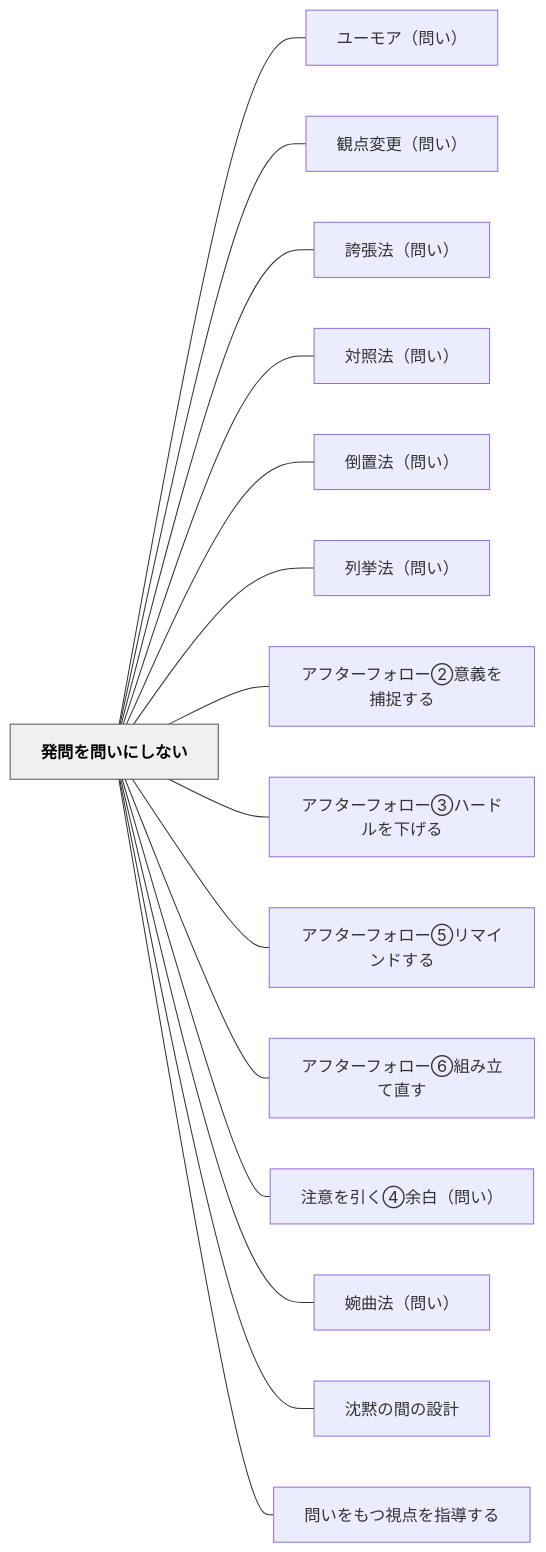
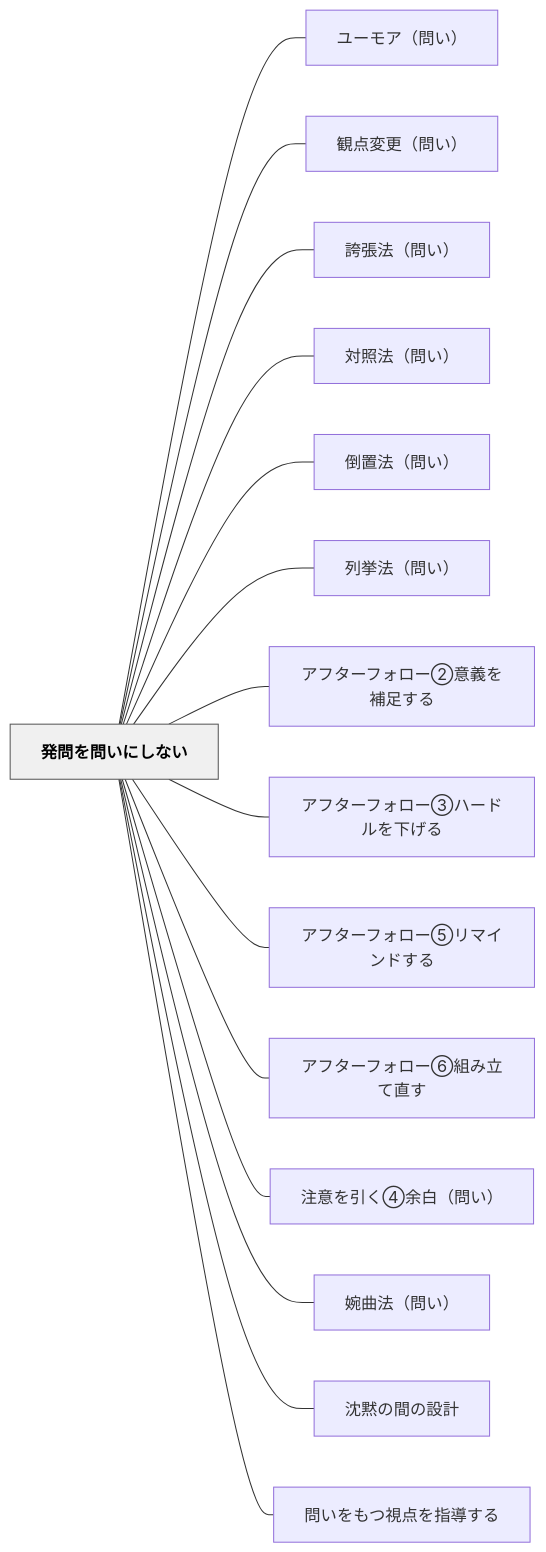
Before and after one commit to unknownthings-ed-patterns/unknownthings-ed-patterns: the diagram in content/パタン/発問を問いにしない.md, drawn with Mermaid. The commit also changed other lines of this file and 28 other files, not shown here.

````diff
--- a/content/パタン/発問を問いにしない.md
+++ b/content/パタン/発問を問いにしない.md
@@ -115,36 +115,36 @@
 ```mermaid
 flowchart LR
     ne799bae5958fe38292e5958fe38184e381abe38197e381aae38184["発問を問いにしない"]
     ne383a6e383bce383a2e382a2efbc88e5958fe38184efbc89["ユーモア（問い）"]
     ne8a6b3e782b9e5a489e69bb4efbc88e5958fe38184efbc89["観点変更（問い）"]
     ne8aa87e5bcb5e6b395efbc88e5958fe38184efbc89["誇張法（問い）"]
     ne5afbee785a7e6b395efbc88e5958fe38184efbc89["対照法（問い）"]
     ne58092e7bdaee6b395efbc88e5958fe38184efbc89["倒置法（問い）"]
     ne58897e68c99e6b395efbc88e5958fe38184efbc89["列挙法（問い）"]
-    ne382a2e38395e382bfe383bce38395e382a9e383ade383bce291a1e6848fe7bea9e38292e68d95e68d89e38199e3828b["アフターフォロー②意義を捕捉する"]
+    ne382a2e38395e382bfe383bce38395e382a9e383ade383bce291a1e6848fe7bea9e38292e8a39ce8b6b3e38199e3828b["アフターフォロー②意義を補足する"]
     ne382a2e38395e382bfe383bce38395e382a9e383ade383bce291a2e3838fe383bce38389e383abe38292e4b88be38192e3828b["アフターフォロー③ハードルを下げる"]
     ne382a2e38395e382bfe383bce38395e382a9e383ade383bce291a4e383aae3839ee382a4e383b3e38389e38199e3828b["アフターフォロー⑤リマインドする"]
     ne382a2e38395e382bfe383bce38395e382a9e383ade383bce291a5e7b584e381bfe7ab8be381a6e79bb4e38199["アフターフォロー⑥組み立て直す"]
     ne6b3a8e6848fe38292e5bc95e3818fe291a3e4bd99e799bdefbc88e5958fe38184efbc89["注意を引く④余白（問い）"]
     ne5a989e69bb2e6b395efbc88e5958fe38184efbc89["婉曲法（問い）"]
     ne6b288e9bb99e381aee99693e381aee8a8ade8a888["沈黙の間の設計"]
     ne5958fe38184e38292e38282e381a4e8a696e782b9e38292e68c87e5b08ee38199e3828b["問いをもつ視点を指導する"]
 
     ne799bae5958fe38292e5958fe38184e381abe38197e381aae38184 --- ne383a6e383bce383a2e382a2efbc88e5958fe38184efbc89
     ne799bae5958fe38292e5958fe38184e381abe38197e381aae38184 --- ne8a6b3e782b9e5a489e69bb4efbc88e5958fe38184efbc89
     ne799bae5958fe38292e5958fe38184e381abe38197e381aae38184 --- ne8aa87e5bcb5e6b395efbc88e5958fe38184efbc89
     ne799bae5958fe38292e5958fe38184e381abe38197e381aae38184 --- ne5afbee785a7e6b395efbc88e5958fe38184efbc89
     ne799bae5958fe38292e5958fe38184e381abe38197e381aae38184 --- ne58092e7bdaee6b395efbc88e5958fe38184efbc89
     ne799bae5958fe38292e5958fe38184e381abe38197e381aae38184 --- ne58897e68c99e6b395efbc88e5958fe38184efbc89
-    ne799bae5958fe38292e5958fe38184e381abe38197e381aae38184 --- ne382a2e38395e382bfe383bce38395e382a9e383ade383bce291a1e6848fe7bea9e38292e68d95e68d89e38199e3828b
+    ne799bae5958fe38292e5958fe38184e381abe38197e381aae38184 --- ne382a2e38395e382bfe383bce38395e382a9e383ade383bce291a1e6848fe7bea9e38292e8a39ce8b6b3e38199e3828b
     ne799bae5958fe38292e5958fe38184e381abe38197e381aae38184 --- ne382a2e38395e382bfe383bce38395e382a9e383ade383bce291a2e3838fe383bce38389e383abe38292e4b88be38192e3828b
     ne799bae5958fe38292e5958fe38184e381abe38197e381aae38184 --- ne382a2e38395e382bfe383bce38395e382a9e383ade383bce291a4e383aae3839ee382a4e383b3e38389e38199e3828b
     ne799bae5958fe38292e5958fe38184e381abe38197e381aae38184 --- ne382a2e38395e382bfe383bce38395e382a9e383ade383bce291a5e7b584e381bfe7ab8be381a6e79bb4e38199
     ne799bae5958fe38292e5958fe38184e381abe38197e381aae38184 --- ne6b3a8e6848fe38292e5bc95e3818fe291a3e4bd99e799bdefbc88e5958fe38184efbc89
     ne799bae5958fe38292e5958fe38184e381abe38197e381aae38184 --- ne5a989e69bb2e6b395efbc88e5958fe38184efbc89
     ne799bae5958fe38292e5958fe38184e381abe38197e381aae38184 --- ne6b288e9bb99e381aee99693e381aee8a8ade8a888
     ne799bae5958fe38292e5958fe38184e381abe38197e381aae38184 --- ne5958fe38184e38292e38282e381a4e8a696e782b9e38292e68c87e5b08ee38199e3828b
 
     classDef hub fill:#f0f0f0,stroke:#555,color:#000,font-weight:bold
     class ne799bae5958fe38292e5958fe38184e381abe38197e381aae38184 hub
 ```
````
